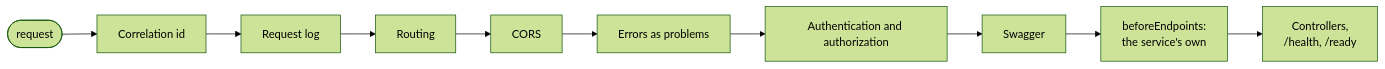
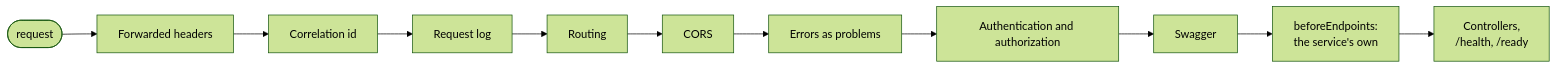
The diagram in docs/architecture/web-layer.md (Vovanda/DotNetSolutionKit), drawn with Mermaid (forest theme) before and after one commit. The commit also changed other lines of this file and 5 other files, not shown here.

````diff
--- a/docs/architecture/web-layer.md
+++ b/docs/architecture/web-layer.md
@@ -31,4 +31,4 @@
 ```mermaid
 flowchart LR
-    R([request]) --> COR[Correlation id] --> LOG[Request log] --> ROUTE[Routing] --> CORS --> ERR[Errors as problems] --> AUTH[Authentication and authorization] --> SW[Swagger] --> OWN["beforeEndpoints:<br/>the service's own"] --> EP["Controllers,<br/>/health, /ready"]
+    R([request]) --> FWD[Forwarded headers] --> COR[Correlation id] --> LOG[Request log] --> ROUTE[Routing] --> CORS --> ERR[Errors as problems] --> AUTH[Authentication and authorization] --> SW[Swagger] --> OWN["beforeEndpoints:<br/>the service's own"] --> EP["Controllers,<br/>/health, /ready"]
 ```
````
